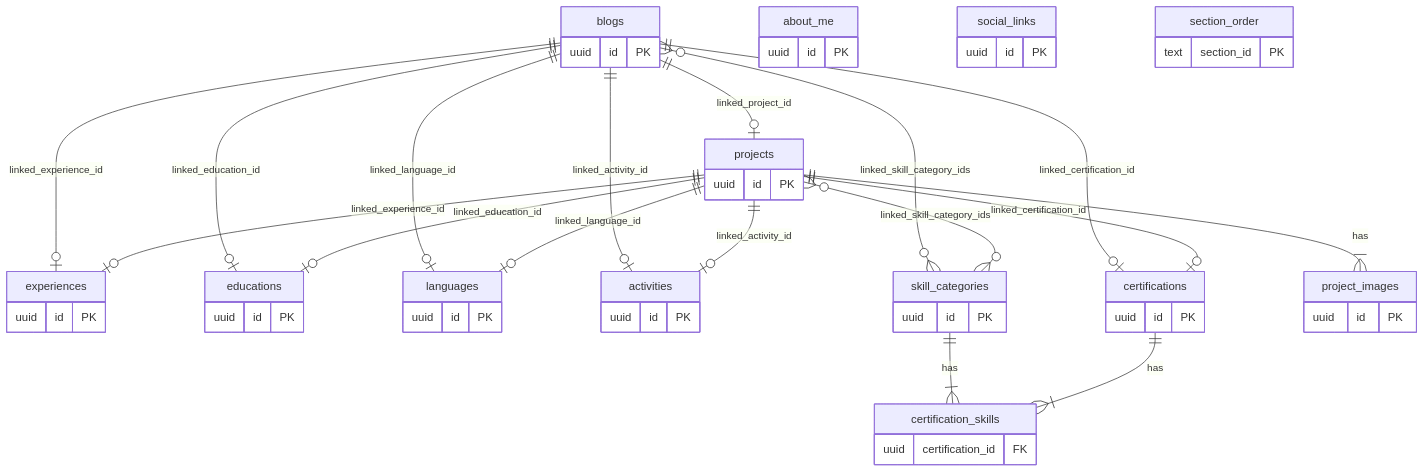
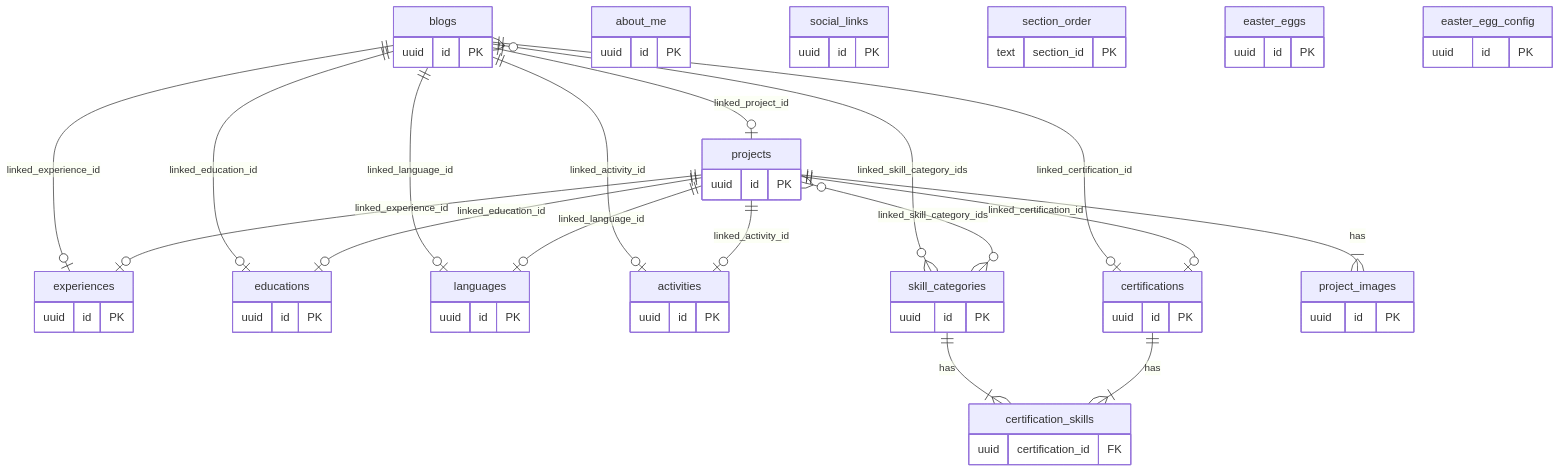
The first of 3 diagrams in README.md (batuhd/batuhdede.me), drawn with Mermaid before and after one commit. The commit also changed other lines of this file and 6 other files, not shown here.

Commit message:
feat: enhance portfolio schema with easter egg features, role timeline support, and security improvements

````diff
--- a/README.md
+++ b/README.md
@@ -274,35 +285,37 @@
 ```mermaid
 erDiagram
     projects ||--o| experiences : "linked_experience_id"
     projects ||--o| educations : "linked_education_id"
     projects ||--o| languages : "linked_language_id"
     projects ||--o| activities : "linked_activity_id"
     projects ||--o| certifications : "linked_certification_id"
     projects }o--o{ skill_categories : "linked_skill_category_ids"
     projects ||--|{ project_images : "has"
 
     blogs ||--o| projects : "linked_project_id"
     blogs ||--o| experiences : "linked_experience_id"
     blogs ||--o| educations : "linked_education_id"
     blogs ||--o| languages : "linked_language_id"
     blogs ||--o| activities : "linked_activity_id"
     blogs ||--o| certifications : "linked_certification_id"
     blogs }o--o{ skill_categories : "linked_skill_category_ids"
 
     certifications ||--|{ certification_skills : "has"
     skill_categories ||--|{ certification_skills : "has"
 
     projects { uuid id PK }
     blogs { uuid id PK }
     experiences { uuid id PK }
     educations { uuid id PK }
     skill_categories { uuid id PK }
     languages { uuid id PK }
     activities { uuid id PK }
     certifications { uuid id PK }
     project_images { uuid id PK }
     certification_skills { uuid certification_id FK }
     about_me { uuid id PK }
     social_links { uuid id PK }
     section_order { text section_id PK }
+    easter_eggs { uuid id PK }
+    easter_egg_config { uuid id PK }
 ```
````
